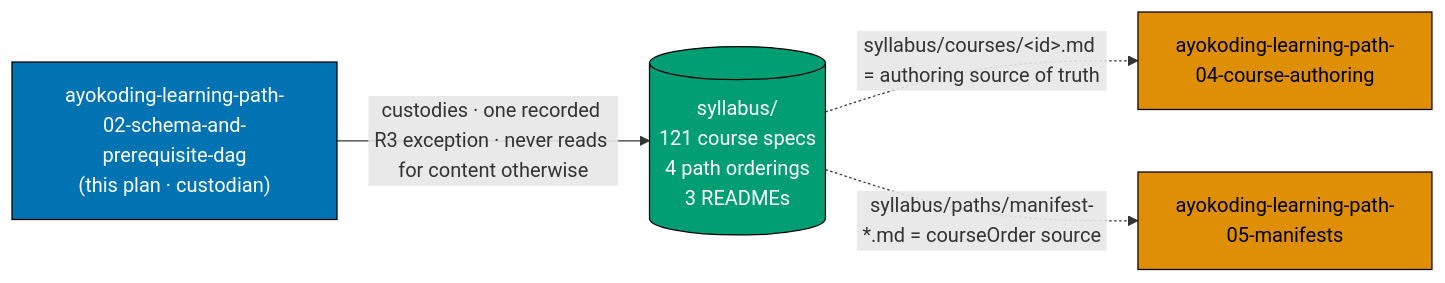
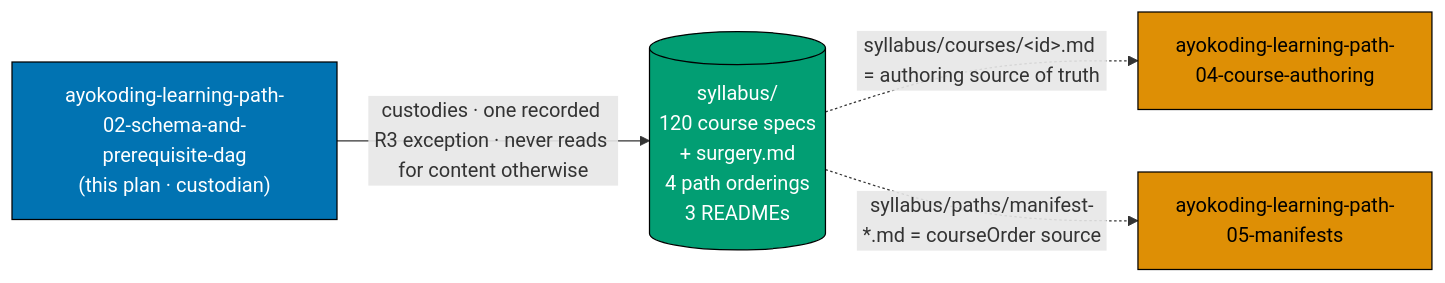
The first of 4 diagrams in plans/backlog/ayokoding-learning-path-02-schema-and-prerequisite-dag/README.md (wahidyankf/baseerah), drawn with Mermaid before and after one commit. The commit also changed other lines of this file and 67 other files, not shown here.

````diff
--- a/plans/backlog/ayokoding-learning-path-02-schema-and-prerequisite-dag/README.md
+++ b/plans/backlog/ayokoding-learning-path-02-schema-and-prerequisite-dag/README.md
@@ -129,19 +129,19 @@
 ```mermaid
 %% Custody vs. consumption of the syllabus/ corpus.
 %% Edge STYLE encodes role: solid = custody (owns the files), dotted = consumption (reads only).
 %% Node SHAPE encodes kind: cylinder = corpus, rectangle = plan.
 %% Colours are the repo's verified colour-blind-friendly palette and are redundant with shape.
 flowchart LR
     P2["ayokoding-learning-path-<br/>02-schema-and-prerequisite-dag<br/>(this plan · custodian)"]:::owner
-    CORPUS[("syllabus/<br/>121 course specs<br/>4 path orderings<br/>3 READMEs")]:::corpus
+    CORPUS[("syllabus/<br/>120 course specs<br/>+ surgery.md<br/>4 path orderings<br/>3 READMEs")]:::corpus
     P4["ayokoding-learning-path-<br/>04-course-authoring"]:::consumer
     P5["ayokoding-learning-path-<br/>05-manifests"]:::consumer
 
     P2 -->|"custodies · one recorded R3 exception · never reads for content otherwise"| CORPUS
     CORPUS -.->|"syllabus/courses/&lt;id&gt;.md = authoring source of truth"| P4
     CORPUS -.->|"syllabus/paths/manifest-*.md = courseOrder source"| P5
 
     classDef owner fill:#0173B2,stroke:#000000,color:#FFFFFF
     classDef corpus fill:#029E73,stroke:#000000,color:#FFFFFF
     classDef consumer fill:#DE8F05,stroke:#000000,color:#000000
 ```
````
